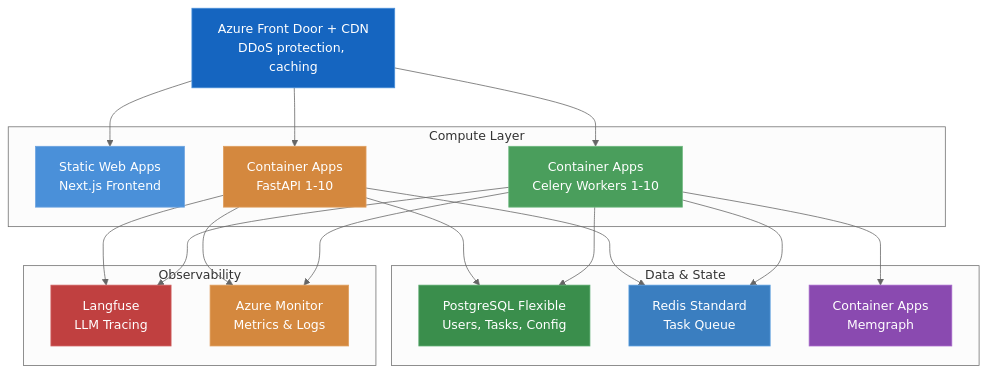
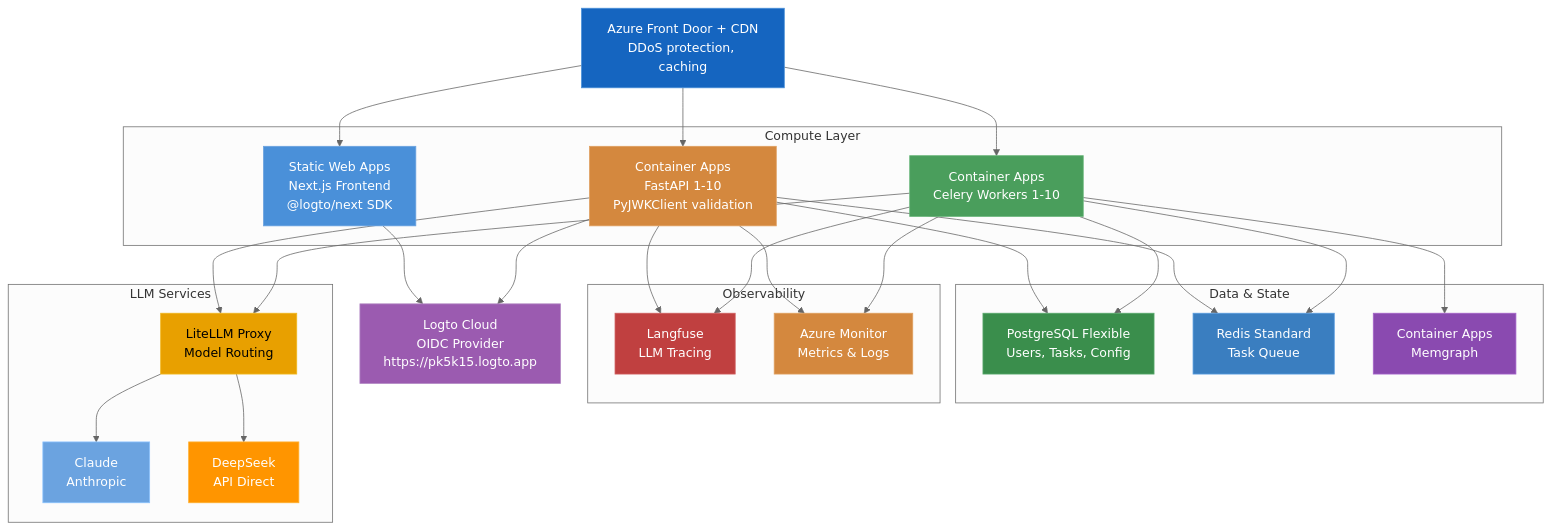
The seventh of 7 diagrams in docs/system-architecture.md (phucsystem/agent-foundry), drawn with Mermaid before and after one commit. The commit also changed other lines of this file and 3 other files, not shown here.

Commit message:
docs: update all docs — Logto Cloud auth, 10-service Docker, DeepSeek, phases 07/09/10 complete

````diff
--- a/docs/system-architecture.md
+++ b/docs/system-architecture.md
@@ -439,47 +459,67 @@
 ```mermaid
 %%{init: {'theme': 'neutral'}}%%
 graph TB
     FD["Azure Front Door + CDN<br/>DDoS protection, caching"]
+    AUTH["Logto Cloud<br/>OIDC Provider<br/>https://pk5k15.logto.app"]
 
     subgraph compute["Compute Layer"]
-        SWA["Static Web Apps<br/>Next.js Frontend"]
-        API["Container Apps<br/>FastAPI 1-10"]
+        SWA["Static Web Apps<br/>Next.js Frontend<br/>@logto/next SDK"]
+        API["Container Apps<br/>FastAPI 1-10<br/>PyJWKClient validation"]
         WK["Container Apps<br/>Celery Workers 1-10"]
     end
 
     subgraph data["Data & State"]
         PG["PostgreSQL Flexible<br/>Users, Tasks, Config"]
         RD["Redis Standard<br/>Task Queue"]
         MG["Container Apps<br/>Memgraph"]
     end
 
     subgraph obs["Observability"]
         LF["Langfuse<br/>LLM Tracing"]
         AM["Azure Monitor<br/>Metrics & Logs"]
     end
 
+    subgraph llm["LLM Services"]
+        LLP["LiteLLM Proxy<br/>Model Routing"]
+        CLAUDE["Claude<br/>Anthropic"]
+        DS["DeepSeek<br/>API Direct"]
+    end
+
     FD --> SWA
     FD --> API
     FD --> WK
+
+    SWA --> AUTH
+    API --> AUTH
 
     API --> PG
     API --> RD
     WK --> RD
     WK --> PG
     WK --> MG
 
+    API --> LLP
+    WK --> LLP
+
+    LLP --> CLAUDE
+    LLP --> DS
+
     API --> LF
     WK --> LF
     API --> AM
     WK --> AM
 
     style FD fill:#1565c0,stroke:#4a90d9,color:#fff
+    style AUTH fill:#9b5bb0,stroke:#b085c2,color:#fff
     style SWA fill:#4a90d9,stroke:#6ba3e0,color:#fff
     style API fill:#d4883e,stroke:#e0a060,color:#fff
     style WK fill:#4a9e5c,stroke:#6db87e,color:#fff
     style PG fill:#3a8e4c,stroke:#5aaa6e,color:#fff
     style RD fill:#3a7ec0,stroke:#5a9ee0,color:#fff
     style MG fill:#8a4ab0,stroke:#a565ca,color:#fff
     style LF fill:#c04040,stroke:#d06060,color:#fff
     style AM fill:#d4883e,stroke:#e0a060,color:#fff
+    style LLP fill:#e8a000,stroke:#f0b820,color:#000
+    style CLAUDE fill:#6ba3e0,stroke:#8bc3ff,color:#fff
+    style DS fill:#ff9500,stroke:#ffb030,color:#fff
 ```
````
